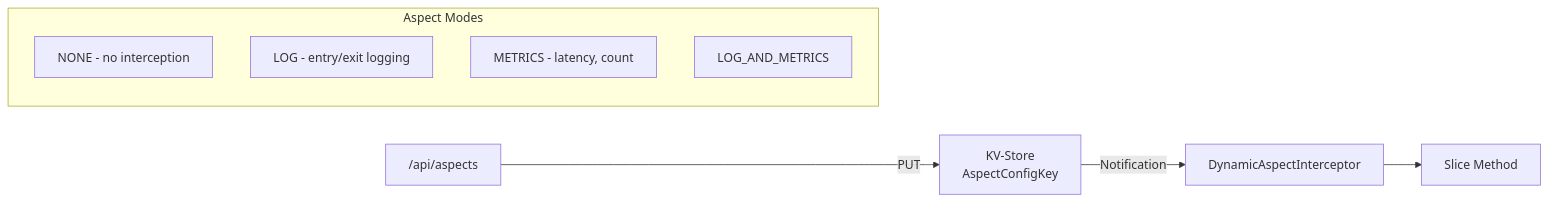
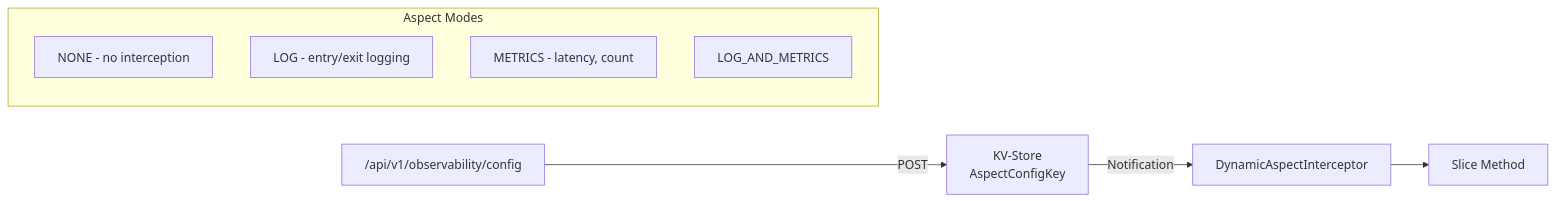
One commit to pragmaticalabs/pragmatica changed the third of 4 diagrams in aether/docs/architecture/07-observability.md. Above: the diagram before and after it, drawn with Mermaid. The commit also changed 21 other files, not shown here.

````diff
--- a/aether/docs/architecture/07-observability.md
+++ b/aether/docs/architecture/07-observability.md
@@ -109,13 +109,13 @@
 ```mermaid
 graph LR
-    API["/api/aspects"] -->|"PUT"| KV["KV-Store<br/>AspectConfigKey"]
+    API["/api/v1/observability/config"] -->|"POST"| KV["KV-Store<br/>AspectConfigKey"]
     KV -->|"Notification"| DAI["DynamicAspectInterceptor"]
     DAI --> Slice["Slice Method"]
 
     subgraph Modes["Aspect Modes"]
         NONE["NONE - no interception"]
         LOG["LOG - entry/exit logging"]
         METRICS["METRICS - latency, count"]
         BOTH["LOG_AND_METRICS"]
     end
 ```
````
